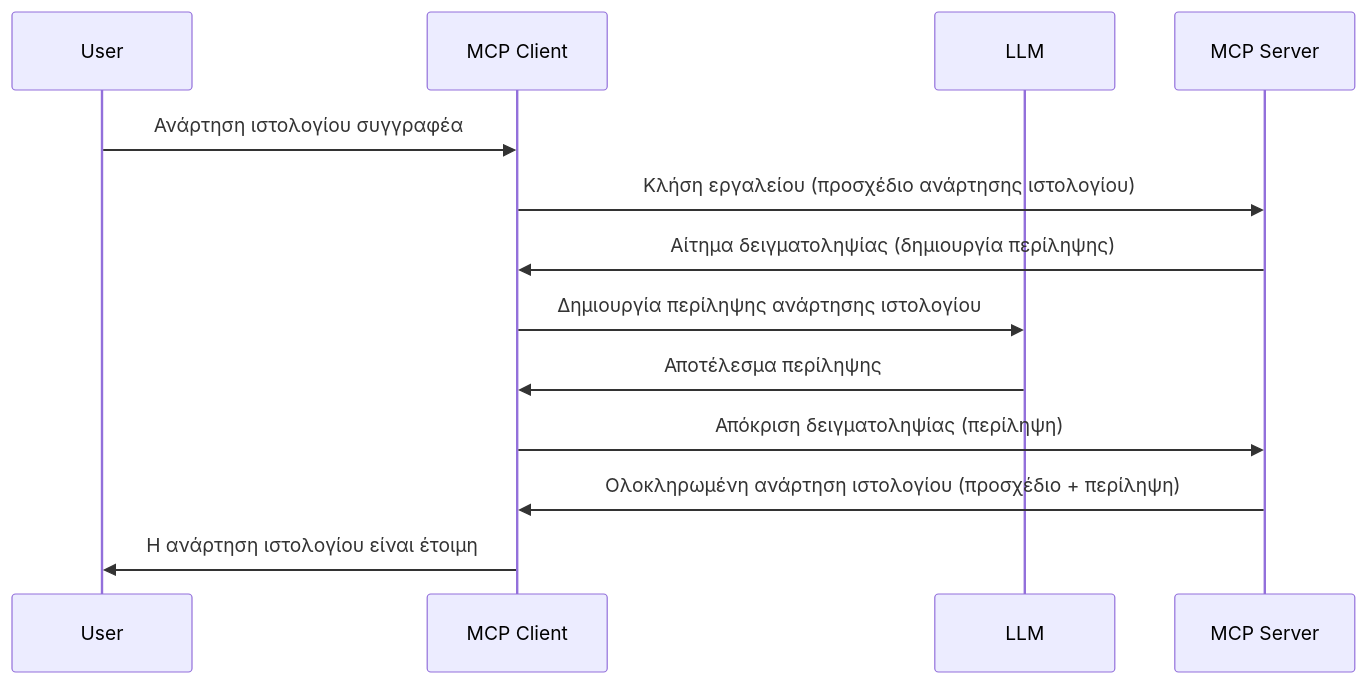
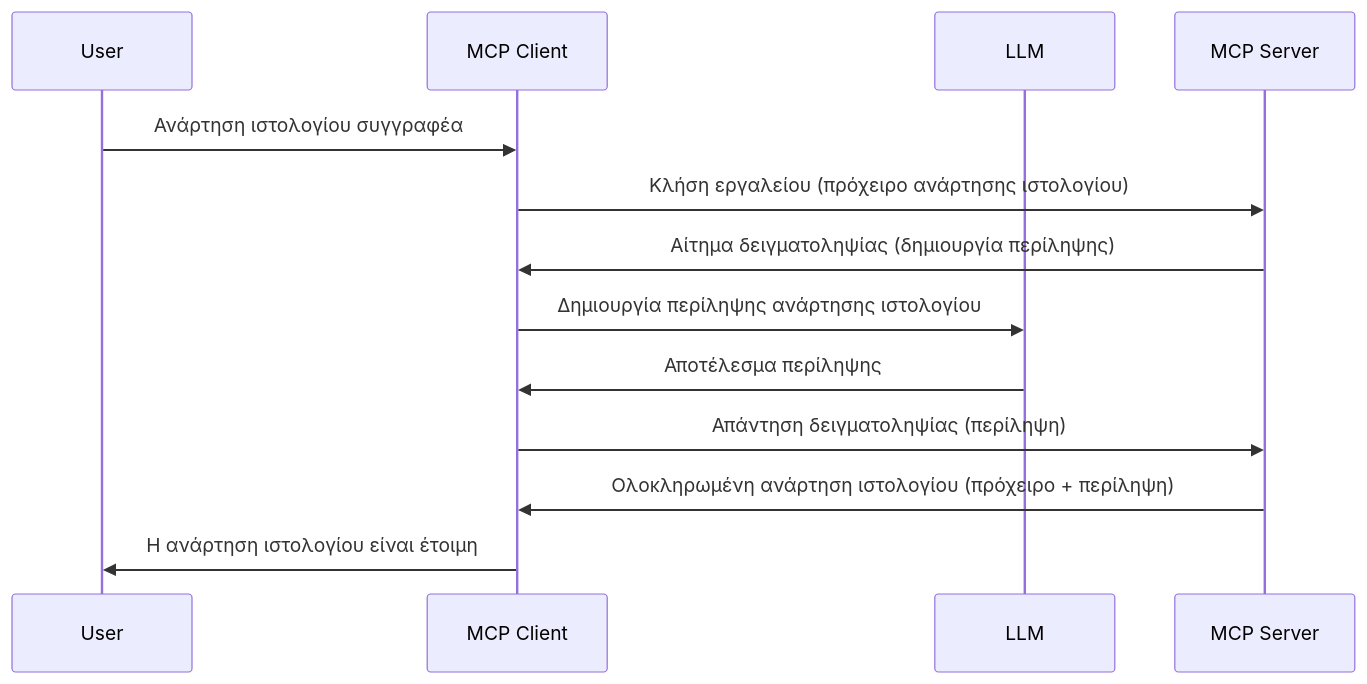
One commit to HIDORAKAI002/ai-workspace-archive changed the diagram in mcp_ecosystem__model_context_protocol/mcp_learning_resources/mcp-for-beginners/translations/el/03-GettingStarted/14-sampling/README.md. Above: the diagram before and after it, drawn with Mermaid. The commit also changed other lines of this file and 5721 other files, not shown here.

Commit message:
chore(sync): update MCP Python SDK, MCP TypeScript SDK, Supabase MCP, Kubernetes MCP Server, Git MCP, MCP Agent, Awesome ChatGPT Prompts, Langfuse, +62 more

````diff
--- a/mcp_ecosystem__model_context_protocol/mcp_learning_resources/mcp-for-beginners/translations/el/03-GettingStarted/14-sampling/README.md
+++ b/mcp_ecosystem__model_context_protocol/mcp_learning_resources/mcp-for-beginners/translations/el/03-GettingStarted/14-sampling/README.md
@@ -25,16 +27,16 @@
 ```mermaid
 sequenceDiagram
     participant User
     participant MCP Client
     participant LLM
     participant MCP Server
 
     User->>MCP Client: Ανάρτηση ιστολογίου συγγραφέα
-    MCP Client->>MCP Server: Κλήση εργαλείου (προσχέδιο ανάρτησης ιστολογίου)
+    MCP Client->>MCP Server: Κλήση εργαλείου (πρόχειρο ανάρτησης ιστολογίου)
     MCP Server->>MCP Client: Αίτημα δειγματοληψίας (δημιουργία περίληψης)
     MCP Client->>LLM: Δημιουργία περίληψης ανάρτησης ιστολογίου
     LLM->>MCP Client: Αποτέλεσμα περίληψης
-    MCP Client->>MCP Server: Απόκριση δειγματοληψίας (περίληψη)
-    MCP Server->>MCP Client: Ολοκληρωμένη ανάρτηση ιστολογίου (προσχέδιο + περίληψη)
+    MCP Client->>MCP Server: Απάντηση δειγματοληψίας (περίληψη)
+    MCP Server->>MCP Client: Ολοκληρωμένη ανάρτηση ιστολογίου (πρόχειρο + περίληψη)
     MCP Client->>User: Η ανάρτηση ιστολογίου είναι έτοιμη
 ```
````
